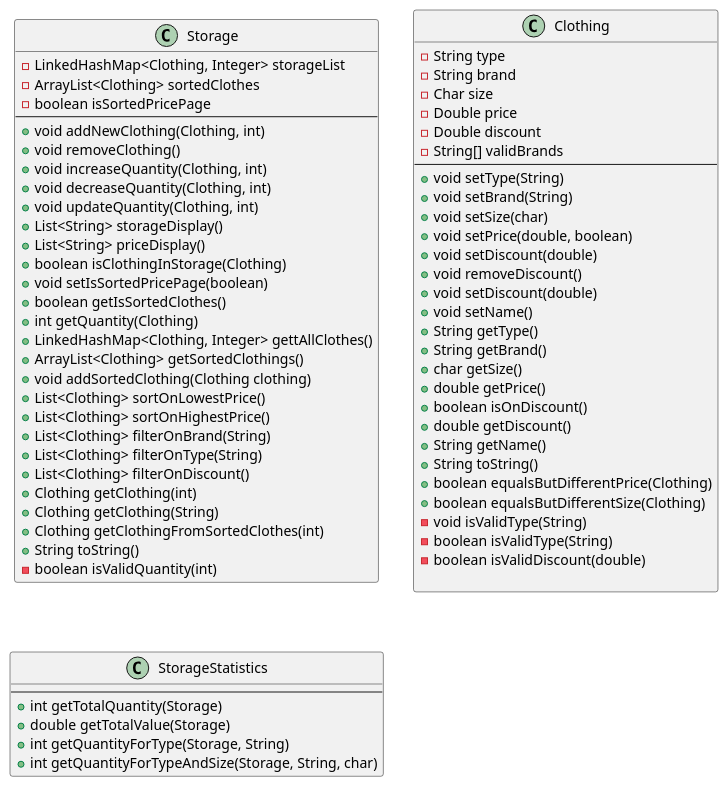
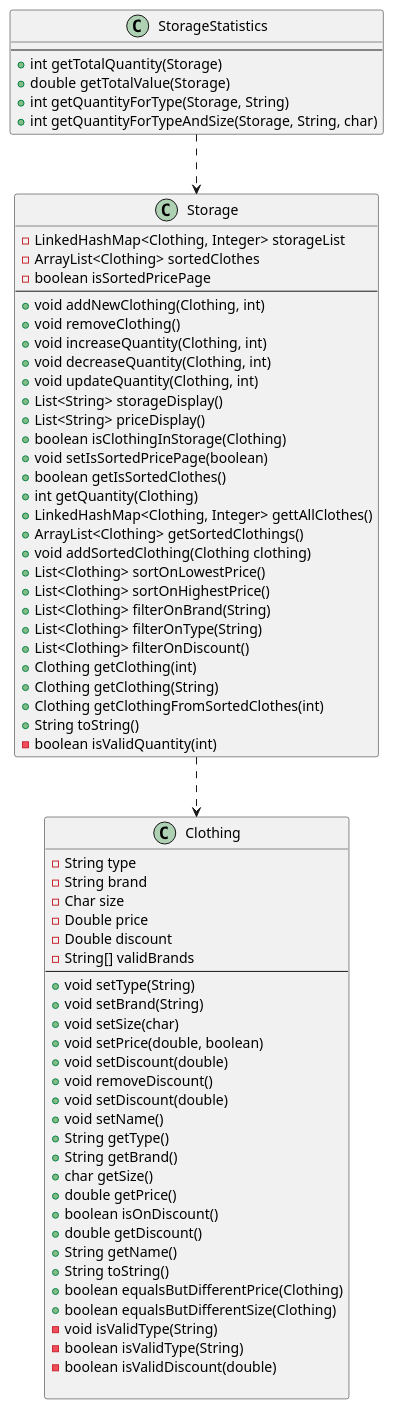
One commit to olejacobmellgren/clothingStorage changed the diagram in docs/release3/diagrams/coreClassDiagram.puml. Above: the diagram before and after it, drawn with PlantUML. The commit also changed 4 other files, not shown here.

First line of the commit message:
#39 Added dependencies to class diagrams

```diff
--- a/docs/release3/diagrams/coreClassDiagram.puml
+++ b/docs/release3/diagrams/coreClassDiagram.puml
@@ -1,78 +1,81 @@
 @startuml core
 
 class Storage
 {
     -LinkedHashMap<Clothing, Integer> storageList
     -ArrayList<Clothing> sortedClothes
     -boolean isSortedPricePage
     --
     +void addNewClothing(Clothing, int)
     +void removeClothing()
     +void increaseQuantity(Clothing, int)
     +void decreaseQuantity(Clothing, int)
     +void updateQuantity(Clothing, int)
     +List<String> storageDisplay()
     +List<String> priceDisplay()
     +boolean isClothingInStorage(Clothing)
     +void setIsSortedPricePage(boolean)
     +boolean getIsSortedClothes()
     +int getQuantity(Clothing)
     +LinkedHashMap<Clothing, Integer> gettAllClothes()
     +ArrayList<Clothing> getSortedClothings()
     +void addSortedClothing(Clothing clothing)
     +List<Clothing> sortOnLowestPrice()
     +List<Clothing> sortOnHighestPrice()
     +List<Clothing> filterOnBrand(String)
     +List<Clothing> filterOnType(String)
     +List<Clothing> filterOnDiscount()
     +Clothing getClothing(int)
     +Clothing getClothing(String)
     +Clothing getClothingFromSortedClothes(int)
     +String toString()
     -boolean isValidQuantity(int)
 }
 
 class Clothing
 {
     -String type
     -String brand
     -Char size
     -Double price
     -Double discount
     -String[] validBrands
     --
     +void setType(String)
     +void setBrand(String)
     +void setSize(char)
     +void setPrice(double, boolean)
     +void setDiscount(double)
     +void removeDiscount()
     +void setDiscount(double)
     +void setName()
     +String getType()
     +String getBrand()
     +char getSize()
     +double getPrice()
     +boolean isOnDiscount()
     +double getDiscount()
     +String getName()
     +String toString()
     +boolean equalsButDifferentPrice(Clothing)
     +boolean equalsButDifferentSize(Clothing)
     -void isValidType(String)
     -boolean isValidType(String)
     -boolean isValidDiscount(double)
 
 }
 
 class StorageStatistics 
 {
     --
     +int getTotalQuantity(Storage)
     +double getTotalValue(Storage)
     +int getQuantityForType(Storage, String)
     +int getQuantityForTypeAndSize(Storage, String, char)
 }
 
+Storage ..> Clothing
+StorageStatistics ..> Storage
+
 
 @enduml
```
